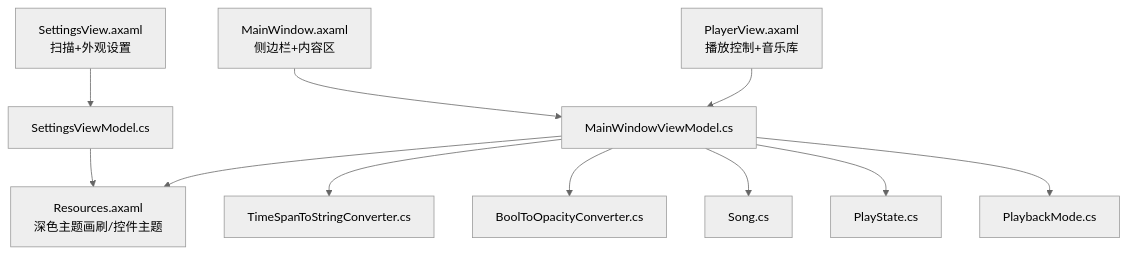
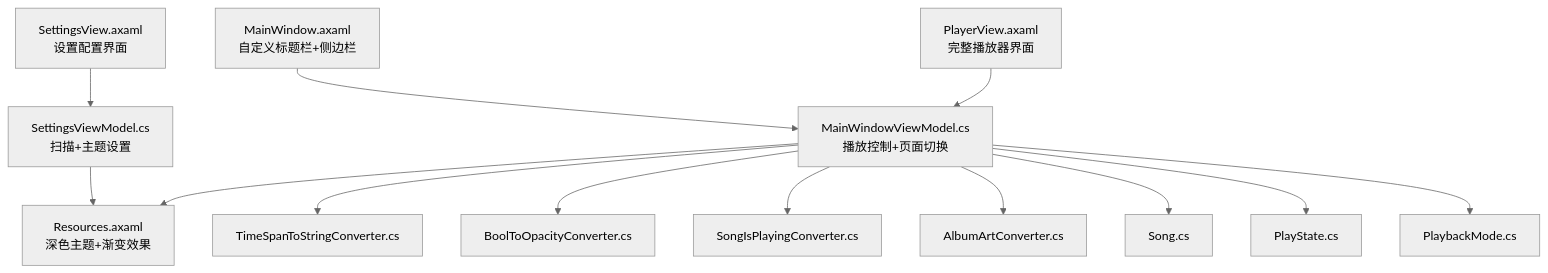
The second of 8 diagrams in .qoder/repowiki/zh/content/用户界面层/用户界面层.md (mariamjensen42-glitch/LocalMusicPlayer), drawn with Mermaid (neutral theme) before and after one commit. The commit also changed other lines of this file and 14 other files, not shown here.

````diff
--- a/.qoder/repowiki/zh/content/用户界面层/用户界面层.md
+++ b/.qoder/repowiki/zh/content/用户界面层/用户界面层.md
@@ -150,13 +169,15 @@
 ```mermaid
 graph TB
-UI_MW["MainWindow.axaml<br/>侧边栏+内容区"] --> VM_MW["MainWindowViewModel.cs"]
-UI_PV["PlayerView.axaml<br/>播放控制+音乐库"] --> VM_MW
-UI_SV["SettingsView.axaml<br/>扫描+外观设置"] --> VM_SV["SettingsViewModel.cs"]
-VM_MW --> RES["Resources.axaml<br/>深色主题画刷/控件主题"]
+UI_MW["MainWindow.axaml<br/>自定义标题栏+侧边栏"] --> VM_MW["MainWindowViewModel.cs<br/>播放控制+页面切换"]
+UI_PV["PlayerView.axaml<br/>完整播放器界面"] --> VM_MW
+UI_SV["SettingsView.axaml<br/>设置配置界面"] --> VM_SV["SettingsViewModel.cs<br/>扫描+主题设置"]
+VM_MW --> RES["Resources.axaml<br/>深色主题+渐变效果"]
 VM_SV --> RES
 VM_MW --> CONV1["TimeSpanToStringConverter.cs"]
 VM_MW --> CONV2["BoolToOpacityConverter.cs"]
+VM_MW --> CONV3["SongIsPlayingConverter.cs"]
+VM_MW --> CONV4["AlbumArtConverter.cs"]
 VM_MW --> MODEL1["Song.cs"]
 VM_MW --> MODEL2["PlayState.cs"]
 VM_MW --> MODEL3["PlaybackMode.cs"]
 ```
````
